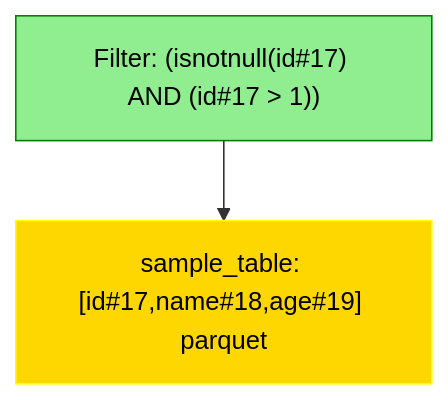
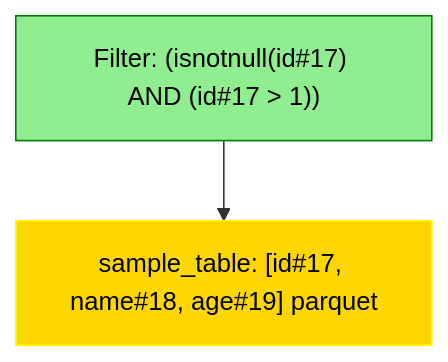
The diagram in data/visualization/filter.mmd (NielkNetraam/explainalyzed), drawn with Mermaid before and after one commit. The commit also changed 24 other files, not shown here.

```diff
--- a/data/visualization/filter.mmd
+++ b/data/visualization/filter.mmd
@@ -1,12 +1,12 @@
 flowchart TD
     classDef PROJECT stroke:Blue,fill:LightBlue,color:black
     classDef FILTER stroke:Green,fill:LightGreen,color:black
     classDef UNION stroke:Purple,fill:Violet,color:black
     classDef JOIN stroke:DarkOrange,fill:Orange,color:black
     classDef RELATION stroke:Yellow,fill:Gold,color:black
     classDef AGGREGATE stroke:Brown,fill:Chocolate,color:black
 
     Filter#1["Filter: (isnotnull(id#17) AND (id#17 > 1))"]:::FILTER
-    Relation#11["sample_table: [id#17,name#18,age#19] parquet"]:::RELATION
+    Relation#11["sample_table: [id#17, name#18, age#19] parquet"]:::RELATION
 
     Filter#1 --> Relation#11
```
